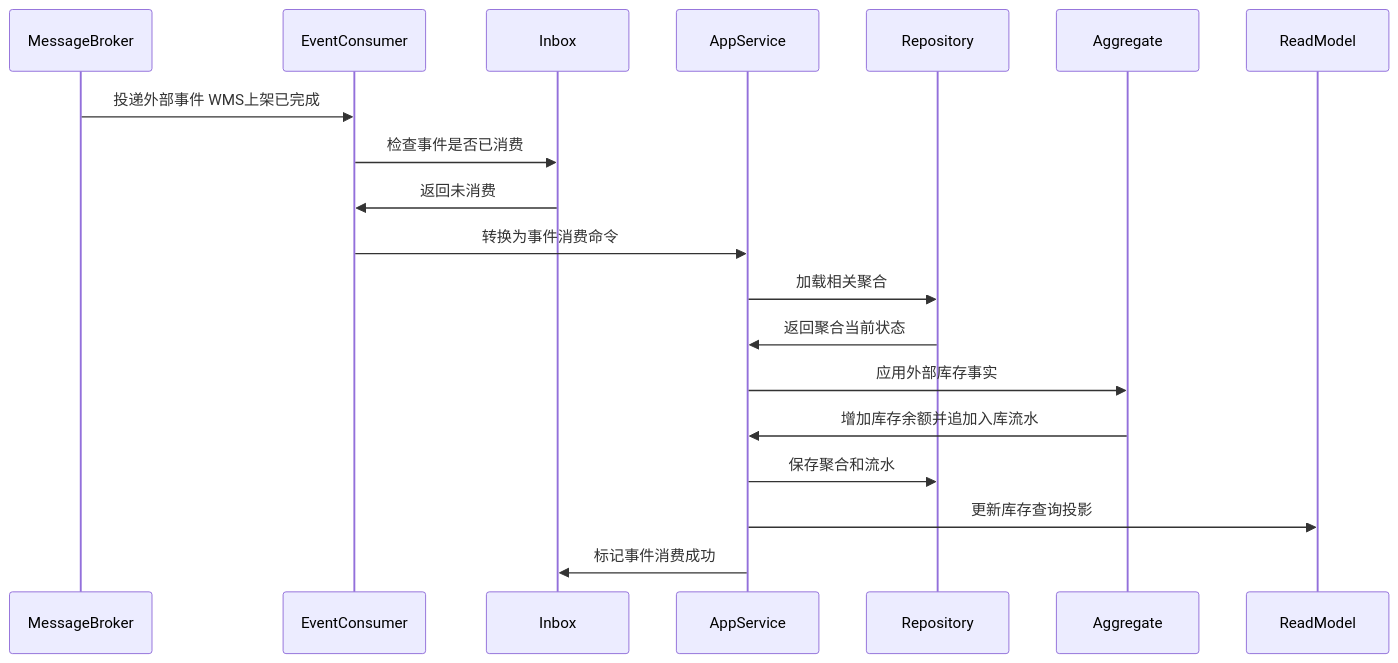
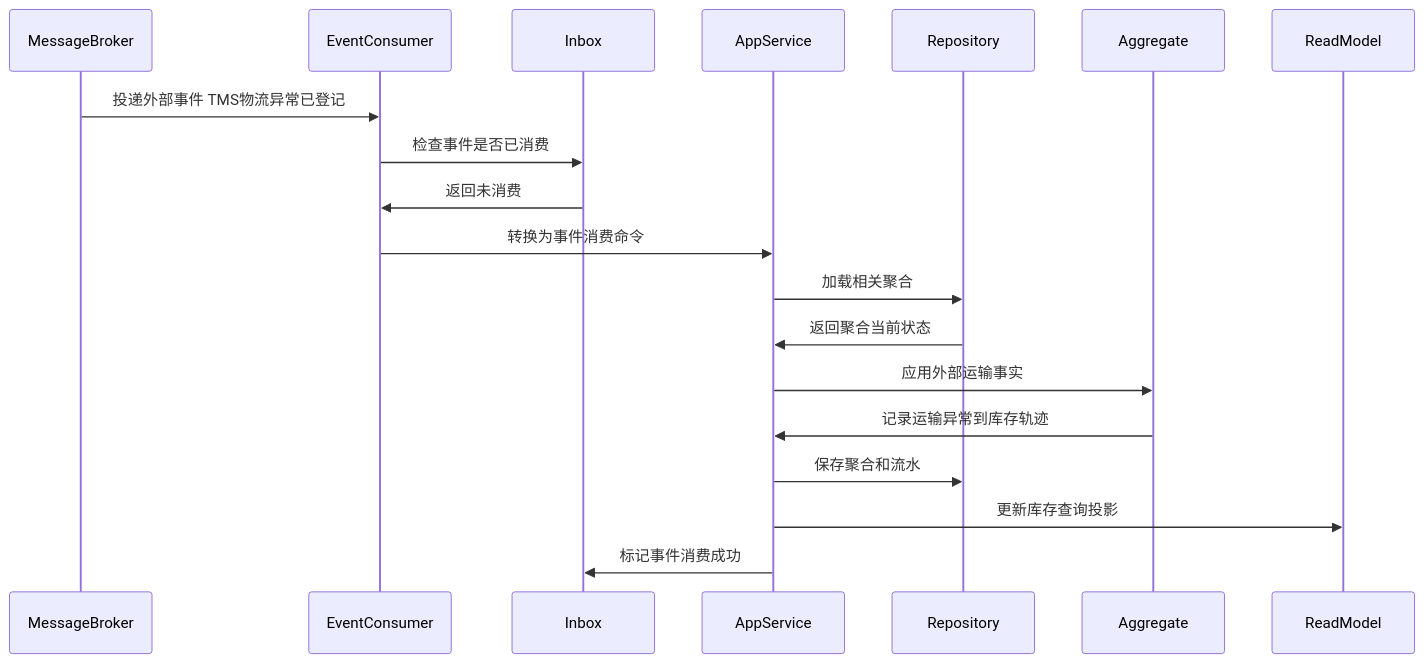
One commit to chao1927/scm changed the fifth of 6 diagrams in docs/03-核心业务模型/04-中央库存领域模型/02-库存账户聚合CQRS设计.md. Above: the diagram before and after it, drawn with Mermaid. The commit also changed other lines of this file and 118 other files, not shown here.

````diff
--- a/docs/03-核心业务模型/04-中央库存领域模型/02-库存账户聚合CQRS设计.md
+++ b/docs/03-核心业务模型/04-中央库存领域模型/02-库存账户聚合CQRS设计.md
@@ -233,22 +240,22 @@
 ```mermaid
 sequenceDiagram
     participant MessageBroker
     participant EventConsumer
     participant Inbox
     participant AppService
     participant Repository
     participant Aggregate
     participant ReadModel
 
-    MessageBroker->>EventConsumer: 投递外部事件 WMS上架已完成
+    MessageBroker->>EventConsumer: 投递外部事件 TMS物流异常已登记
     EventConsumer->>Inbox: 检查事件是否已消费
     Inbox->>EventConsumer: 返回未消费
     EventConsumer->>AppService: 转换为事件消费命令
     AppService->>Repository: 加载相关聚合
     Repository->>AppService: 返回聚合当前状态
-    AppService->>Aggregate: 应用外部库存事实
-    Aggregate->>AppService: 增加库存余额并追加入库流水
+    AppService->>Aggregate: 应用外部运输事实
+    Aggregate->>AppService: 记录运输异常到库存轨迹
     AppService->>Repository: 保存聚合和流水
     AppService->>ReadModel: 更新库存查询投影
     AppService->>Inbox: 标记事件消费成功
 ```
````
